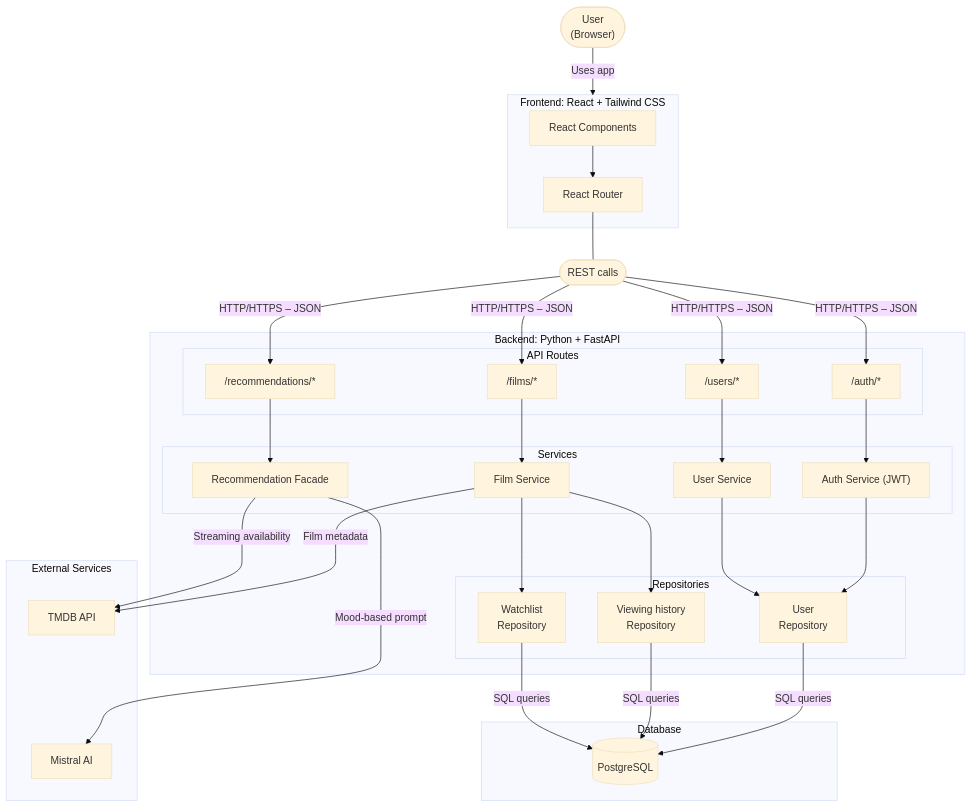
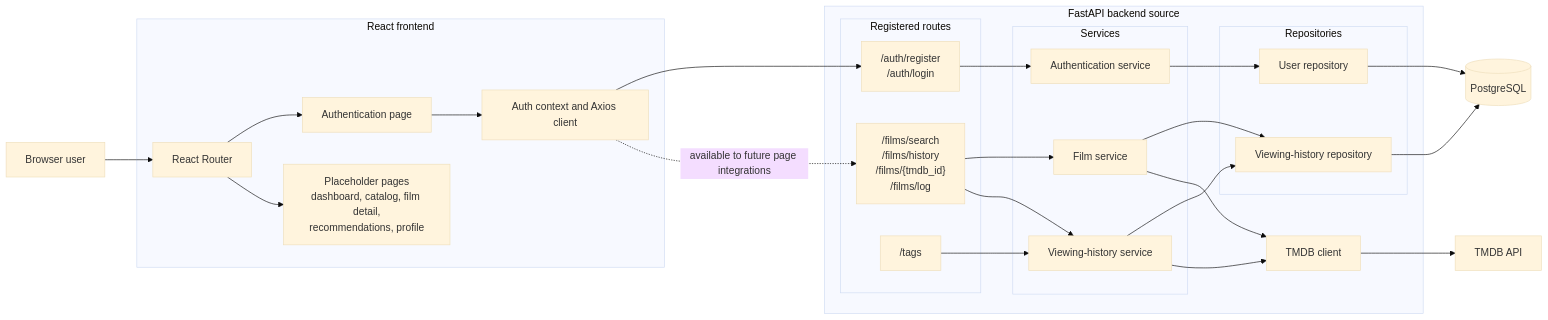
The first of 2 diagrams in docs/diagrams/Architecture.md (zahin-dev/Film-like), drawn with Mermaid (base theme) before and after one commit. The commit also changed other lines of this file and 10 other files, not shown here.

````diff
--- a/docs/diagrams/Architecture.md
+++ b/docs/diagrams/Architecture.md
@@ -62,60 +11,54 @@
 ```mermaid
-flowchart TD
-    User(["User\n(Browser)"])
+flowchart LR
+    User["Browser user"]
 
-    subgraph Frontend["Frontend: React + Tailwind CSS"]
-        React["React Components"]
+    subgraph Frontend["React frontend"]
+        AuthPage["Authentication page"]
         Router["React Router"]
+        Placeholders["Placeholder pages<br/>dashboard, catalog, film detail,<br/>recommendations, profile"]
+        AuthContext["Auth context and Axios client"]
     end
 
-    Calls(["REST calls"])
+    subgraph Backend["FastAPI backend source"]
+        subgraph Routes["Registered routes"]
+            AuthRoutes["/auth/register<br/>/auth/login"]
+            FilmRoutes["/films/search<br/>/films/history<br/>/films/{tmdb_id}<br/>/films/log"]
+            TagRoutes["/tags"]
+        end
 
-    subgraph Backend["Backend: Python + FastAPI"]
-        subgraph Routes["API Routes"]
-            AuthR["/auth/*"]
-            FilmR["/films/*"]
-            UserR["/users/*"]
-            RecoR["/recommendations/*"]
+        subgraph Services["Services"]
+            AuthService["Authentication service"]
+            FilmService["Film service"]
+            HistoryService["Viewing-history service"]
         end
-        subgraph Services["Services"]
-            AuthS["Auth Service (JWT)"]
-            FilmS["Film Service"]
-            UserS["User Service"]
-            RecoF["Recommendation Facade"]
+
+        subgraph Repositories["Repositories"]
+            UserRepository["User repository"]
+            HistoryRepository["Viewing-history repository"]
         end
-        subgraph Repos["Repositories"]
-            UserRepo["User\nRepository"]
-            ViewingHistoryRepo["Viewing history\nRepository"]
-            WatchlistRepo["Watchlist\nRepository"]
-        end
+
+        TMDBClient["TMDB client"]
     end
 
-    subgraph Database["Database"]
-        DB[("PostgreSQL")]
-    end
+    PostgreSQL[("PostgreSQL")]
+    TMDB["TMDB API"]
 
-    subgraph External["External Services"]
-        TMDB["TMDB API"]
-        Mistral["Mistral AI"]
-    end
-
-    User -->|"Uses app"| Frontend
-    React --> Router
-    Router --- Calls
-    Calls -->|"HTTP/HTTPS – JSON"| AuthR & FilmR & UserR & RecoR
-
-    AuthR --> AuthS
-    FilmR --> FilmS
-    UserR --> UserS
-    RecoR --> RecoF
-
-    AuthS & UserS --> UserRepo
-    FilmS --> ViewingHistoryRepo & WatchlistRepo
-    FilmS -->|"Film metadata"| TMDB
-    RecoF -->|"Streaming availability"| TMDB
-    RecoF -->|"Mood-based prompt"| Mistral
-
-    UserRepo & ViewingHistoryRepo & WatchlistRepo -->|"SQL queries"| DB
-
-    TMDB ~~~ Mistral
+    User --> Router
+    Router --> AuthPage
+    Router --> Placeholders
+    AuthPage --> AuthContext
+    AuthContext --> AuthRoutes
+    AuthContext -. "available to future page integrations" .-> FilmRoutes
+    AuthRoutes --> AuthService
+    FilmRoutes --> FilmService
+    FilmRoutes --> HistoryService
+    TagRoutes --> HistoryService
+    AuthService --> UserRepository
+    HistoryService --> HistoryRepository
+    FilmService --> HistoryRepository
+    FilmService --> TMDBClient
+    HistoryService --> TMDBClient
+    UserRepository --> PostgreSQL
+    HistoryRepository --> PostgreSQL
+    TMDBClient --> TMDB
 ```
````
